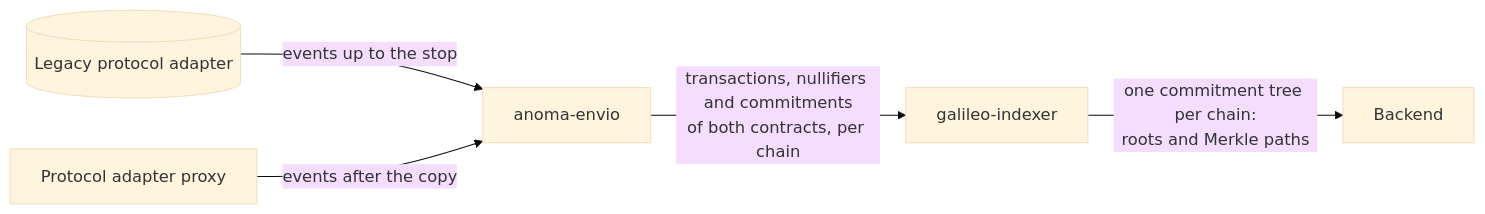
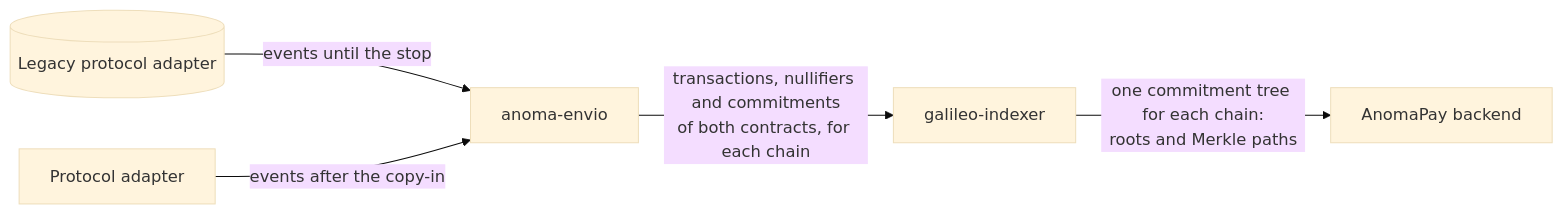
The third of 3 diagrams in docs/01-state-migration.md (anoma/pa-evm), drawn with Mermaid (base theme) before and after one commit. The commit also changed other lines of this file and 5 other files, not shown here.

````diff
--- a/docs/01-state-migration.md
+++ b/docs/01-state-migration.md
@@ -161,7 +166,7 @@
 ```mermaid
 flowchart LR
-    legacy[(Legacy protocol adapter)] -->|events up to the stop| envio[anoma-envio]
-    proxy[Protocol adapter proxy] -->|events after the copy| envio
-    envio -->|transactions, nullifiers and commitments<br/>of both contracts, per chain| galileo[galileo-indexer]
-    galileo -->|one commitment tree per chain:<br/>roots and Merkle paths| backend[Backend]
+    legacy[(Legacy protocol adapter)] -->|events until the stop| envio[anoma-envio]
+    proxy[Protocol adapter] -->|events after the copy-in| envio
+    envio -->|transactions, nullifiers and commitments<br/>of both contracts, for each chain| galileo[galileo-indexer]
+    galileo -->|one commitment tree for each chain:<br/>roots and Merkle paths| backend[AnomaPay backend]
 ```
````
